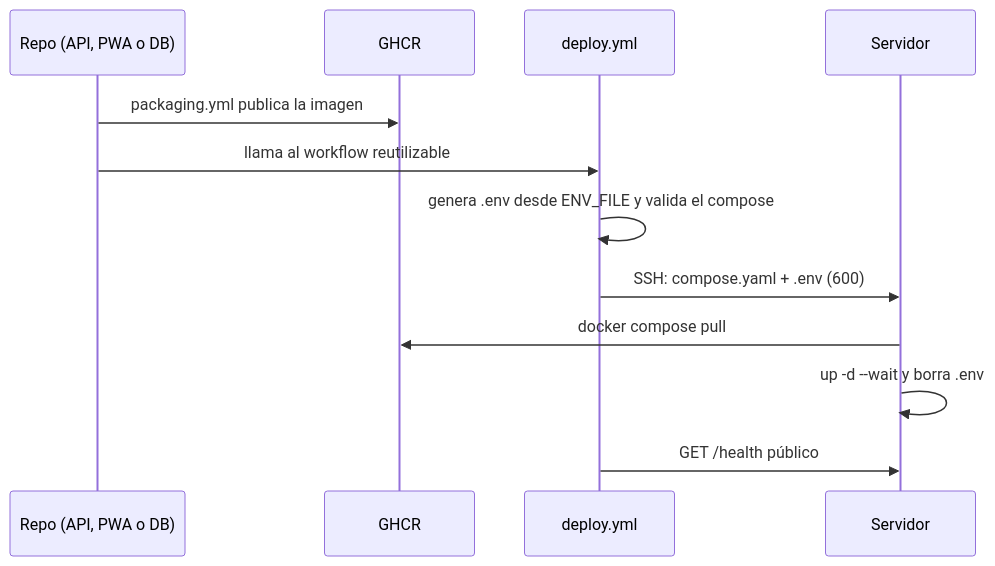
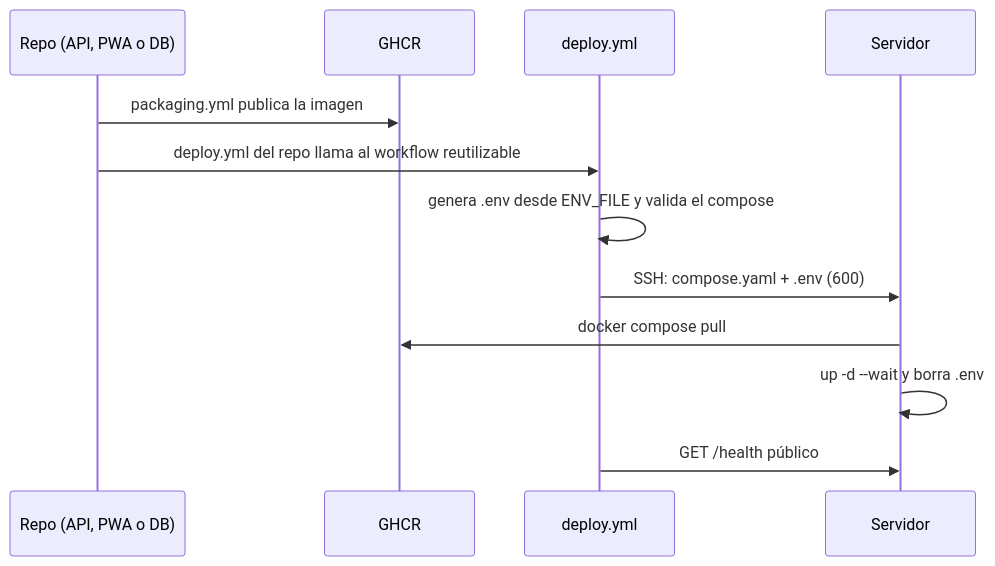
One commit to GoPoli/.github changed the second of 2 diagrams in docker/production/README.md. Above: the diagram before and after it, drawn with Mermaid. The commit also changed other lines of this file and 2 other files, not shown here.

Commit message:
Despliega la app completa con cada push a main y desde el workflow de cada repositorio.

````diff
--- a/docker/production/README.md
+++ b/docker/production/README.md
@@ -51,14 +51,14 @@
 ```mermaid
 sequenceDiagram
   participant R as Repo (API, PWA o DB)
   participant G as GHCR
   participant D as deploy.yml
   participant S as Servidor
   R->>G: packaging.yml publica la imagen
-  R->>D: llama al workflow reutilizable
+  R->>D: deploy.yml del repo llama al workflow reutilizable
   D->>D: genera .env desde ENV_FILE y valida el compose
   D->>S: SSH: compose.yaml + .env (600)
   S->>G: docker compose pull
   S->>S: up -d --wait y borra .env
   D->>S: GET /health público
 ```
````
